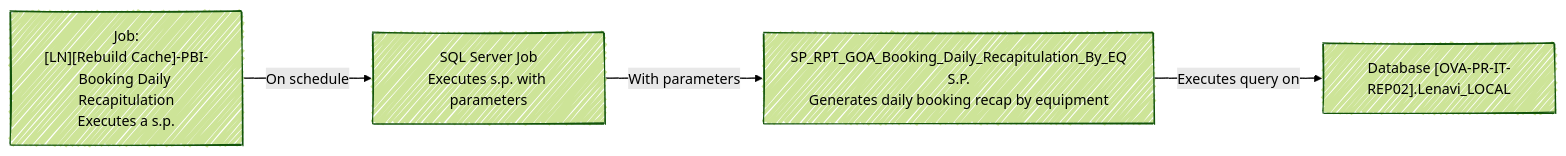
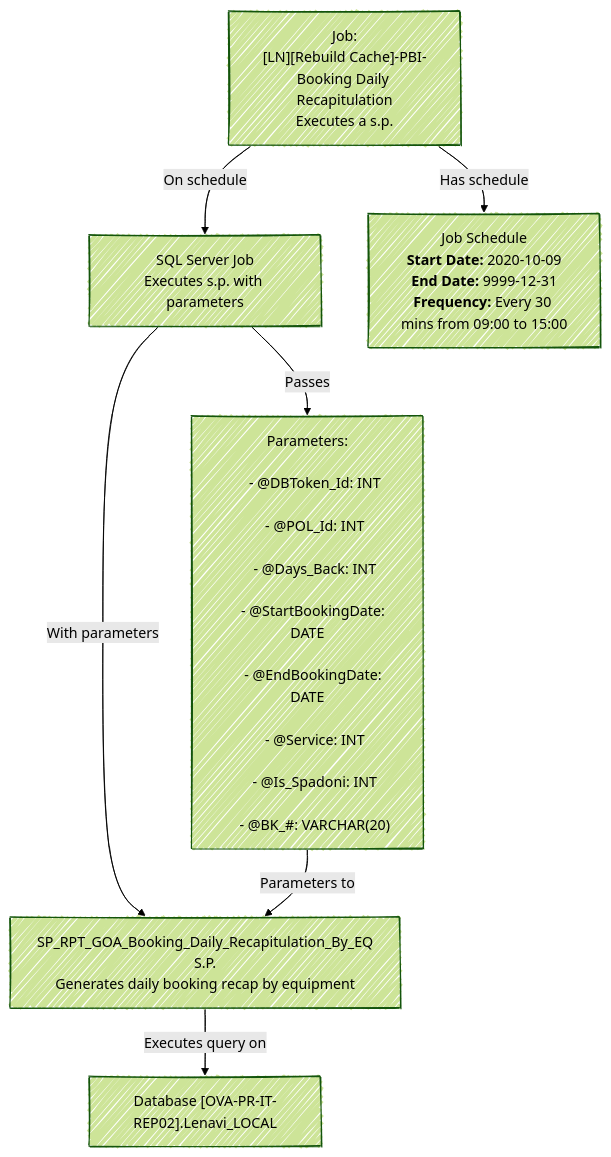
The diagram in Booking_Daily_Recapitulation_By_EQ/Job_Exec_SP.md (grellag/Project_Python), drawn with Mermaid before and after one commit.

Commit message:
Added list of PARAs

````diff
--- a/Booking_Daily_Recapitulation_By_EQ/Job_Exec_SP.md
+++ b/Booking_Daily_Recapitulation_By_EQ/Job_Exec_SP.md
@@ -7,20 +7,35 @@
 ```mermaid
 ---
 config:
   look: handDrawn
   theme: forest
   layout: dagre
 ---
-flowchart LR
+flowchart TB
     job["Job:<br>[LN][Rebuild Cache]-PBI-Booking Daily Recapitulation<br>Executes a s.p."]
 
     sql_job["SQL Server Job<br>Executes s.p. with parameters"]
+
+    schedule["Job Schedule<br><b>Start Date:</b> 2020-10-09<br><b>End Date:</b> 9999-12-31<br><b>Frequency:</b> Every 30 mins from 09:00 to 15:00"]
 
     db["Database [OVA-PR-IT-REP02].Lenavi_LOCAL"]
 
     stored_proc["SP_RPT_GOA_Booking_Daily_Recapitulation_By_EQ<br>S.P.<br>Generates daily booking recap by equipment"]
 
+    parameters["Parameters:<br>
+    - @DBToken_Id: INT<br>
+    - @POL_Id: INT<br>
+    - @Days_Back: INT<br>
+    - @StartBookingDate: DATE<br>
+    - @EndBookingDate: DATE<br>
+    - @Service: INT<br>
+    - @Is_Spadoni: INT<br>
+    - @BK_#: VARCHAR(20)"]
+
     job         -->     |On schedule|sql_job
     sql_job     -->     |With parameters|stored_proc
     stored_proc -->     |Executes query on|db
+    job -->|Has schedule| schedule
+    sql_job -->|Passes| parameters
+    parameters -->|Parameters to| stored_proc
 ```
````
